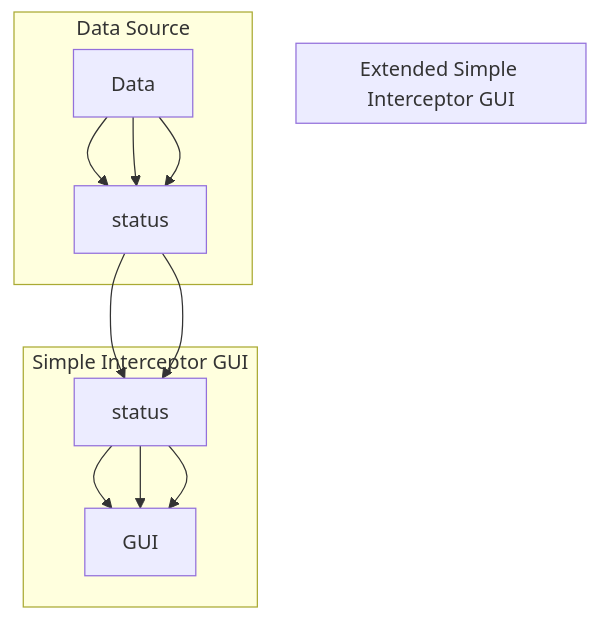
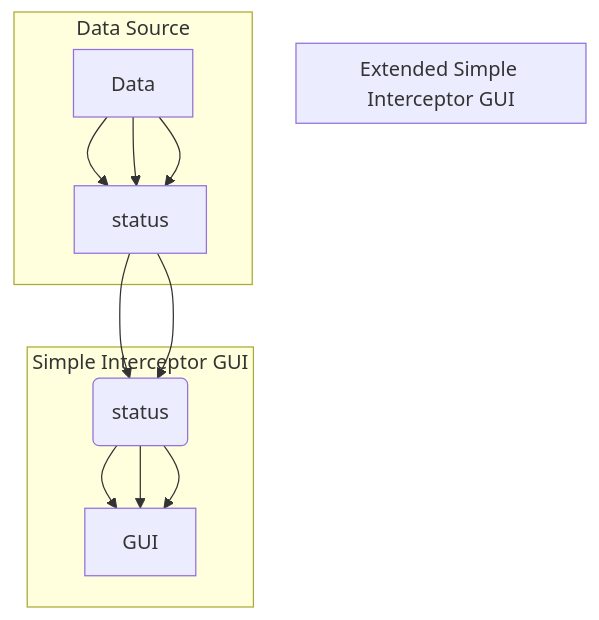
The diagram in README.md (AleksanderCehovin/interceptor), drawn with Mermaid before and after one commit.

Commit message:
Trying to add a reasonable graph

````diff
--- a/README.md
+++ b/README.md
@@ -91,20 +91,20 @@
 ```mermaid
 graph TD;
   subgraph "Simple Interceptor GUI"
-  SUB[gui] --> GUI;
+  SUB(gui) --> GUI;
   end
 
   subgraph "Extended Simple Interceptor GUI"
-  SUB[gui] --> GUI;
-  SUB[status] --> GUI;
+  SUB(gui) --> GUI;
+  SUB(status) --> GUI;
   end
 
 
   subgraph "Data Source"
-  Data --> PUB[gui];
-  Data --> PUB[status];
-  Data --> PUB[preview];
-  PUB[gui] --> SUB[gui]
-  PUB[status] --> SUB[status]
+  Data --> PUB(gui);
+  Data --> PUB(status);
+  Data --> PUB(preview);
+  PUB[gui] --> SUB(gui);
+  PUB[status] --> SUB(status);
   end
 ```
````
